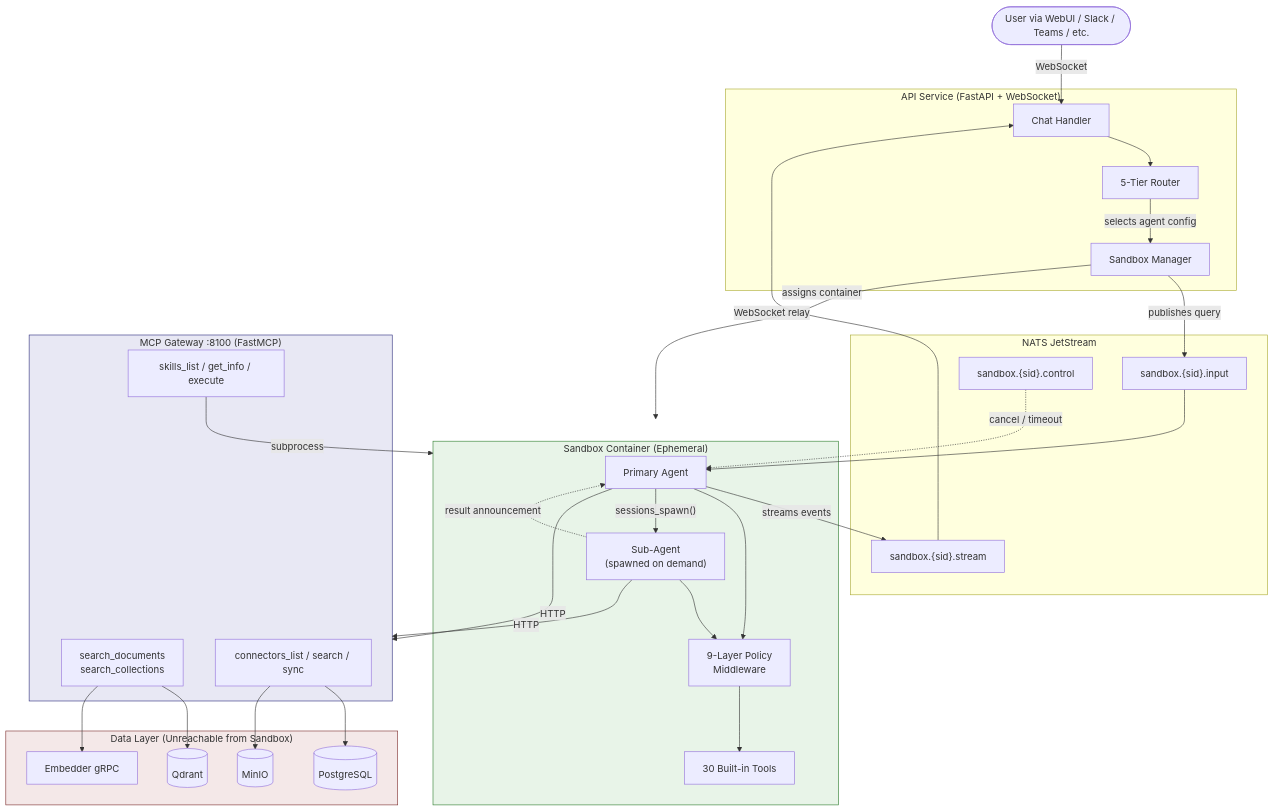
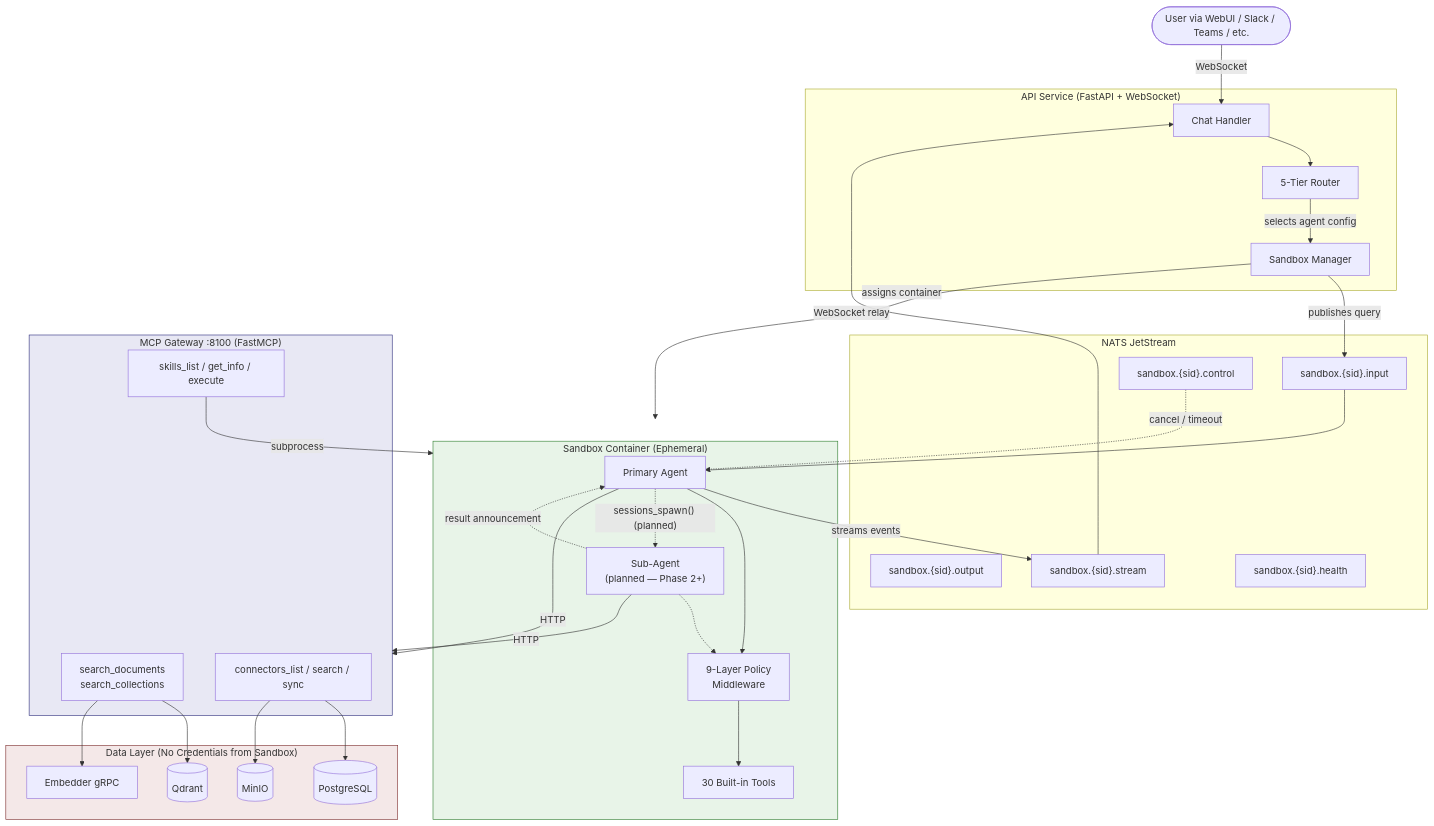
Before and after one commit to gen-mind/echo-mind: the first of 6 diagrams in docs/agents/echomind-agent-architecture.md, drawn with Mermaid. The commit also changed other lines of this file, not shown here.

````diff
--- a/docs/agents/echomind-agent-architecture.md
+++ b/docs/agents/echomind-agent-architecture.md
@@ -17,64 +19,66 @@
 ```mermaid
 graph TB
     User([User via WebUI / Slack / Teams / etc.])
 
     subgraph API["API Service (FastAPI + WebSocket)"]
         ChatHandler[Chat Handler]
         Router[5-Tier Router]
         SBM[Sandbox Manager]
     end
 
     subgraph NATS["NATS JetStream"]
         Input["sandbox.{sid}.input"]
+        Output["sandbox.{sid}.output"]
         Stream["sandbox.{sid}.stream"]
         Control["sandbox.{sid}.control"]
+        Health["sandbox.{sid}.health"]
     end
 
     subgraph Sandbox["Sandbox Container (Ephemeral)"]
         Primary["Primary Agent"]
         PolicyMW["9-Layer Policy<br/>Middleware"]
         Tools["30 Built-in Tools"]
-        SubAgent["Sub-Agent<br/>(spawned on demand)"]
+        SubAgent["Sub-Agent<br/>(planned — Phase 2+)"]
     end
 
     subgraph MCP["MCP Gateway :8100 (FastMCP)"]
         SearchTools["search_documents<br/>search_collections"]
         SkillTools["skills_list / get_info / execute"]
         ConnectorTools["connectors_list / search / sync"]
     end
 
-    subgraph Data["Data Layer (Unreachable from Sandbox)"]
+    subgraph Data["Data Layer (No Credentials from Sandbox)"]
         PG[(PostgreSQL)]
         QD[(Qdrant)]
         S3[(MinIO)]
         Emb[Embedder gRPC]
     end
 
     User -->|WebSocket| ChatHandler
     ChatHandler --> Router
     Router -->|selects agent config| SBM
     SBM -->|assigns container| Sandbox
     SBM -->|publishes query| Input
     Input --> Primary
     Primary -->|streams events| Stream
     Stream -->|WebSocket relay| ChatHandler
     Control -.->|cancel / timeout| Primary
 
     Primary --> PolicyMW
     PolicyMW --> Tools
-    Primary -->|"sessions_spawn()"| SubAgent
+    Primary -.->|"sessions_spawn() (planned)"| SubAgent
     SubAgent -.->|result announcement| Primary
-    SubAgent --> PolicyMW
+    SubAgent -.-> PolicyMW
 
     Primary -->|HTTP| MCP
     SubAgent -->|HTTP| MCP
     SearchTools --> QD
     SearchTools --> Emb
     ConnectorTools --> PG
     ConnectorTools --> S3
     SkillTools -->|subprocess| Sandbox
 
     style Sandbox fill:#e8f4e8,stroke:#2d7d2d
     style MCP fill:#e8e8f4,stroke:#2d2d7d
     style Data fill:#f4e8e8,stroke:#7d2d2d
 ```
````
